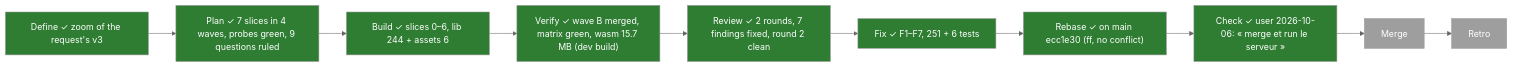
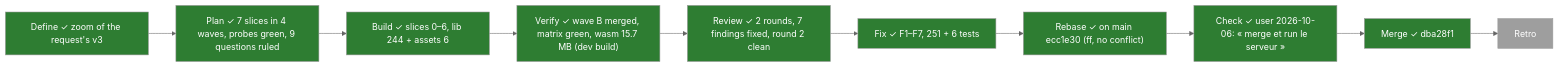
One commit to PaliCanon/learn-pali changed the first of 2 diagrams in .task/003-screens.md. Above: the diagram before and after it, drawn with Mermaid (neutral theme). The commit also changed other lines of this file, not shown here.

Commit message:
chore(task): 003 merged

````diff
--- a/.task/003-screens.md
+++ b/.task/003-screens.md
@@ -7,8 +7,8 @@
 ```mermaid
 flowchart LR
-  Define["Define ✓ zoom of the request's v3"]:::done --> Plan["Plan ✓ 7 slices in 4 waves, probes green, 9 questions ruled"]:::done --> Build["Build ✓ slices 0–6, lib 244 + assets 6"]:::done --> Verify["Verify ✓ wave B merged, matrix green, wasm 15.7 MB (dev build)"]:::done --> Review["Review ✓ 2 rounds, 7 findings fixed, round 2 clean"]:::done --> Fix["Fix ✓ F1–F7, 251 + 6 tests"]:::done --> Rebase["Rebase ✓ on main ecc1e30 (ff, no conflict)"]:::done --> Check["Check ✓ user 2026-10-06: « merge et run le serveur »"]:::done --> Merge:::todo --> Retro:::todo
+  Define["Define ✓ zoom of the request's v3"]:::done --> Plan["Plan ✓ 7 slices in 4 waves, probes green, 9 questions ruled"]:::done --> Build["Build ✓ slices 0–6, lib 244 + assets 6"]:::done --> Verify["Verify ✓ wave B merged, matrix green, wasm 15.7 MB (dev build)"]:::done --> Review["Review ✓ 2 rounds, 7 findings fixed, round 2 clean"]:::done --> Fix["Fix ✓ F1–F7, 251 + 6 tests"]:::done --> Rebase["Rebase ✓ on main ecc1e30 (ff, no conflict)"]:::done --> Check["Check ✓ user 2026-10-06: « merge et run le serveur »"]:::done --> Merge["Merge ✓ dba28f1"]:::done --> Retro:::todo
   classDef done fill:#2e7d32,color:#fff
   classDef doing fill:#f9a825,color:#000
   classDef todo fill:#9e9e9e,color:#fff
   classDef fail fill:#c62828,color:#fff
 ```
````
